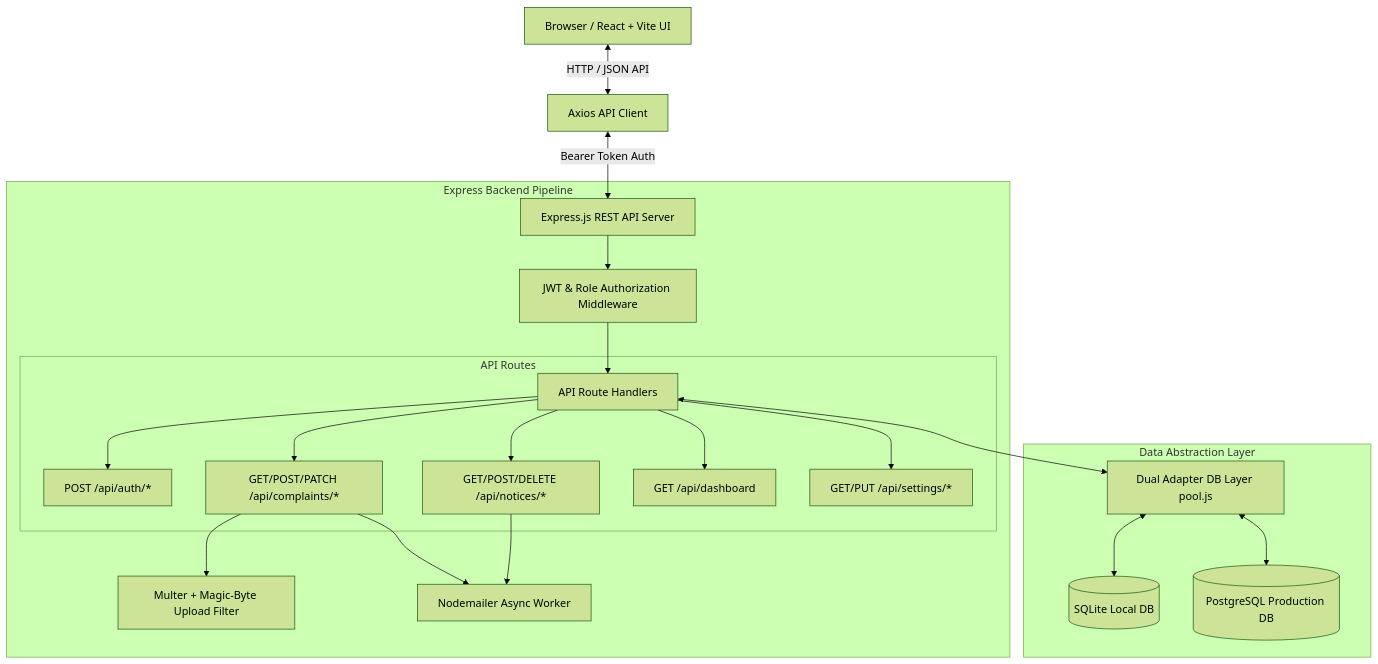
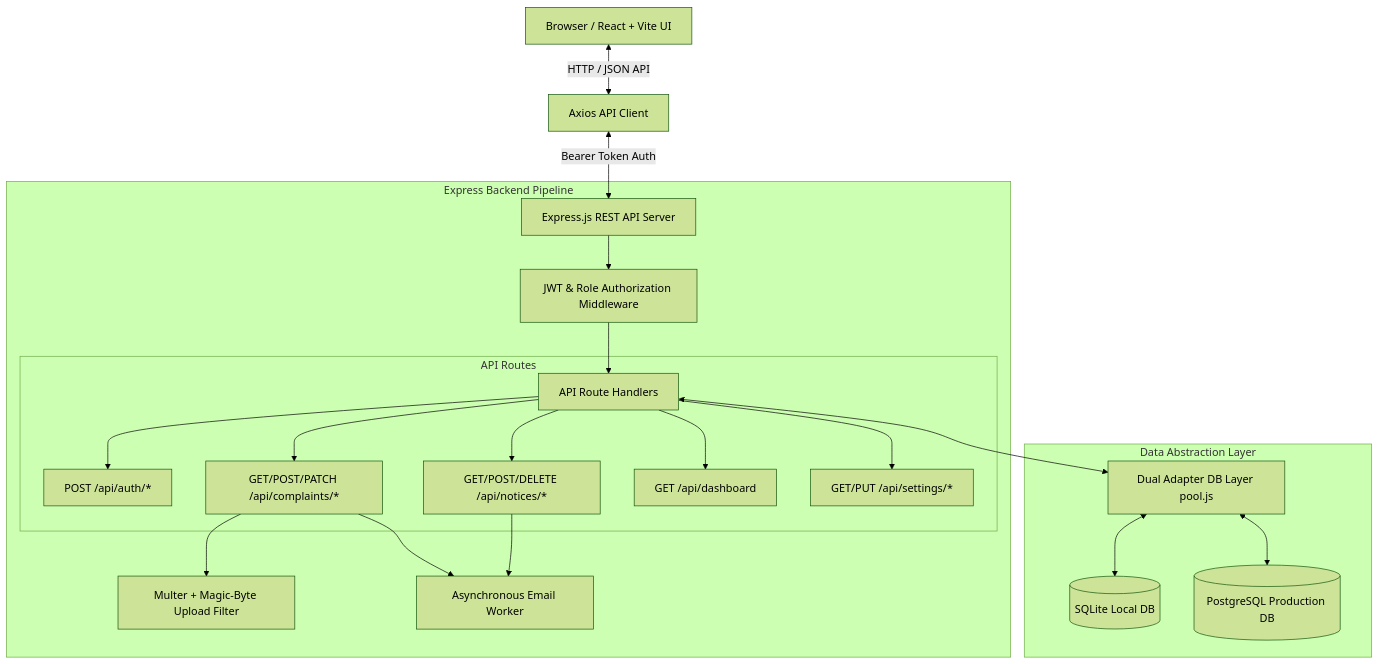
Before and after one commit to Sudhanshub27/unthinkable-assignment: the first of 3 diagrams in README.md, drawn with Mermaid (forest theme). The commit also changed other lines of this file and 1 other file, not shown here.

````diff
--- a/README.md
+++ b/README.md
@@ -53,28 +108,28 @@
 ```mermaid
 flowchart TD
     Client[Browser / React + Vite UI] <-->|HTTP / JSON API| Axios[Axios API Client]
     Axios <-->|Bearer Token Auth| Express[Express.js REST API Server]
     
     subgraph Express Backend Pipeline
         Express --> AuthMW[JWT & Role Authorization Middleware]
         AuthMW --> Routes[API Route Handlers]
         
         subgraph API Routes
             Routes --> AuthRoute[POST /api/auth/*]
             Routes --> ComplaintRoute[GET/POST/PATCH /api/complaints/*]
             Routes --> NoticeRoute[GET/POST/DELETE /api/notices/*]
             Routes --> DashRoute[GET /api/dashboard]
             Routes --> SettingsRoute[GET/PUT /api/settings/*]
         end
         
         ComplaintRoute --> UploadMW[Multer + Magic-Byte Upload Filter]
-        ComplaintRoute --> EmailUtil[Nodemailer Async Worker]
+        ComplaintRoute --> EmailUtil[Asynchronous Email Worker]
         NoticeRoute --> EmailUtil
     end
 
     subgraph Data Abstraction Layer
         Routes <--> Pool[Dual Adapter DB Layer pool.js]
         Pool <--> SQLite[(SQLite Local DB)]
         Pool <--> Postgres[(PostgreSQL Production DB)]
     end
 ```
````
